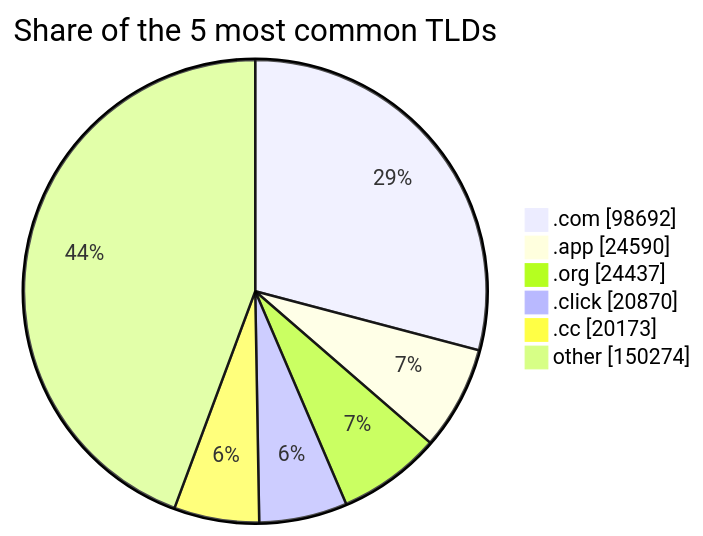
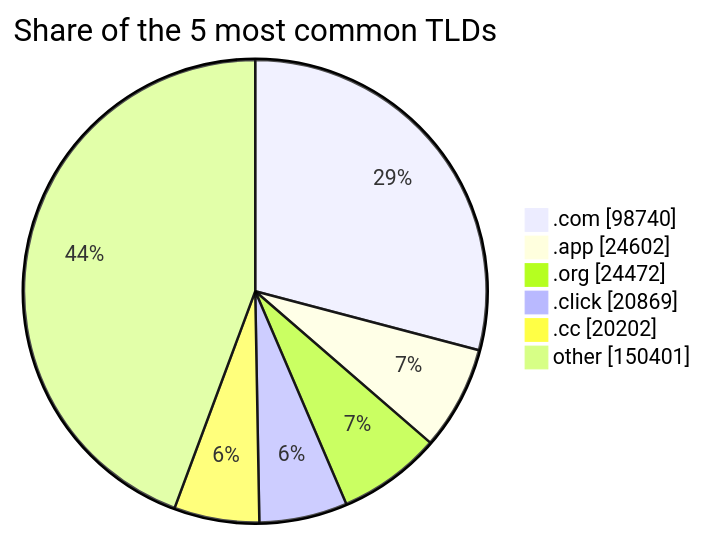
The third of 3 diagrams in README.md (DNSBunker/CTI), drawn with Mermaid before and after one commit. The commit also changed other lines of this file and 4 other files, not shown here.

````diff
--- a/README.md
+++ b/README.md
@@ -81,9 +81,9 @@
 ```mermaid
 pie showData title Share of the 5 most common TLDs
-    ".com" : 98692
-    ".app" : 24590
-    ".org" : 24437
-    ".click" : 20870
-    ".cc" : 20173
-    "other" : 150274
+    ".com" : 98740
+    ".app" : 24602
+    ".org" : 24472
+    ".click" : 20869
+    ".cc" : 20202
+    "other" : 150401
 ```
````
